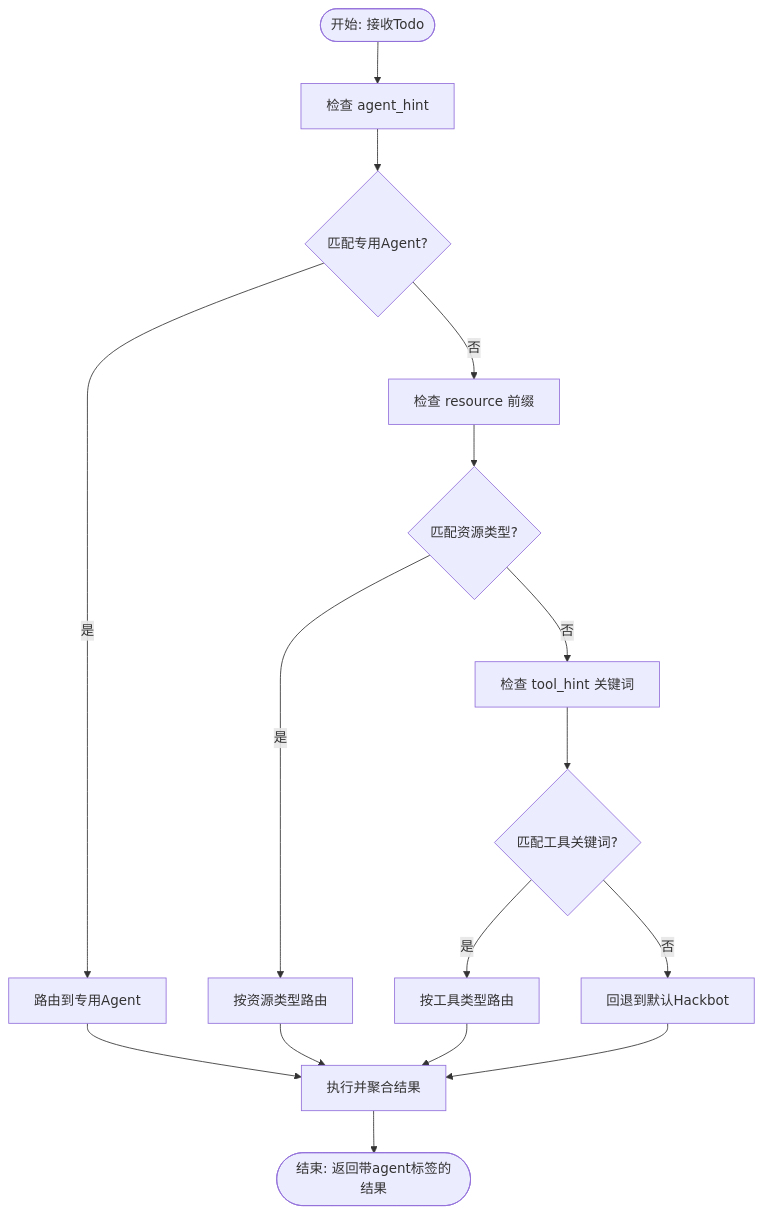
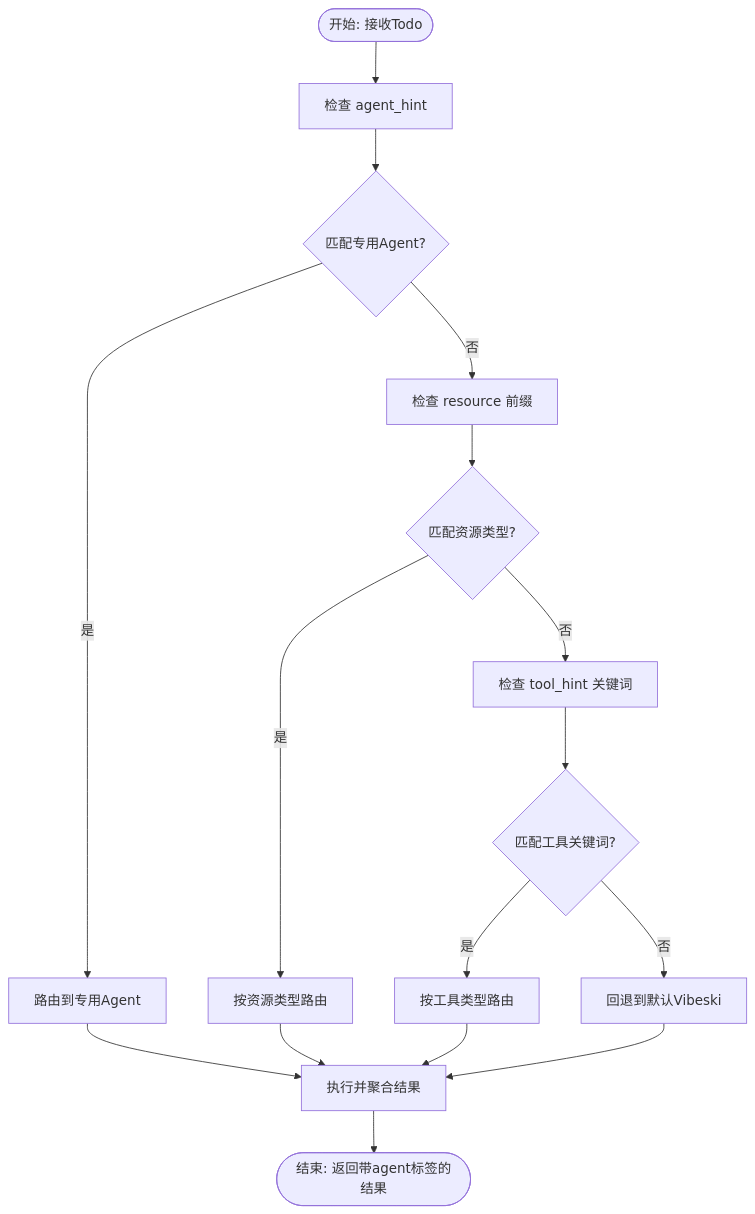
One commit to crabin/VIBESKI changed the third of 8 diagrams in .qoder/repowiki/zh/content/项目概述/技术架构概览/多智能体协作模式.md. Above: the diagram before and after it, drawn with Mermaid. The commit also changed other lines of this file and 170 other files, not shown here.

````diff
--- a/.qoder/repowiki/zh/content/项目概述/技术架构概览/多智能体协作模式.md
+++ b/.qoder/repowiki/zh/content/项目概述/技术架构概览/多智能体协作模式.md
@@ -141,18 +141,18 @@
 ```mermaid
 flowchart TD
 Start(["开始: 接收Todo"]) --> CheckHint["检查 agent_hint"]
 CheckHint --> HintMatch{"匹配专用Agent?"}
 HintMatch --> |是| RouteToSub["路由到专用Agent"]
 HintMatch --> |否| CheckRes["检查 resource 前缀"]
 CheckRes --> ResMatch{"匹配资源类型?"}
 ResMatch --> |是| RouteByRes["按资源类型路由"]
 ResMatch --> |否| CheckTool["检查 tool_hint 关键词"]
 CheckTool --> ToolMatch{"匹配工具关键词?"}
 ToolMatch --> |是| RouteByTool["按工具类型路由"]
-ToolMatch --> |否| Fallback["回退到默认Hackbot"]
+ToolMatch --> |否| Fallback["回退到默认Vibeski"]
 RouteToSub --> Exec["执行并聚合结果"]
 RouteByRes --> Exec
 RouteByTool --> Exec
 Fallback --> Exec
 Exec --> End(["结束: 返回带agent标签的结果"])
 ```
````
